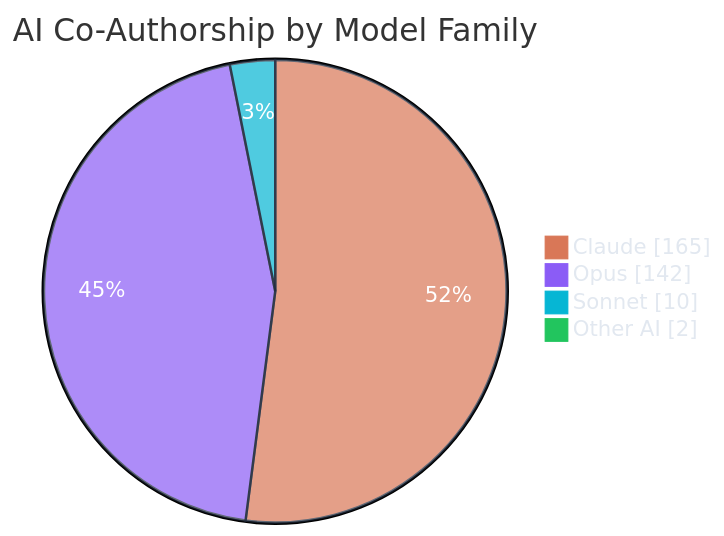
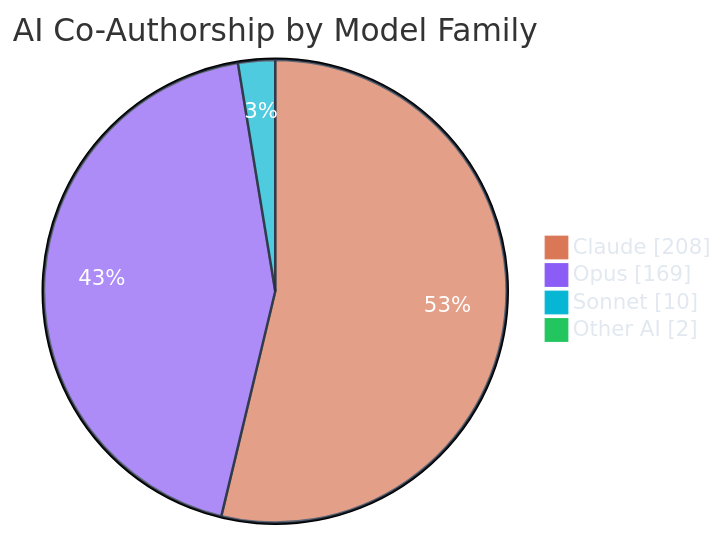
One commit to polo-nyan/polo-nyan changed the third of 7 diagrams in README.md. Above: the diagram before and after it, drawn with Mermaid. The commit also changed other lines of this file and 1 other file, not shown here.

````diff
--- a/README.md
+++ b/README.md
@@ -232,9 +232,9 @@
 ```mermaid
 %%{init: {"theme": "base", "themeVariables": { "pie1": "#d97757", "pie2": "#8b5cf6", "pie3": "#06b6d4", "pie4": "#22c55e", "pie5": "#f59e0b", "pie6": "#ec4899", "pieTextColor": "#ffffff", "pieLegendTextColor": "#e2e8f0", "pieSectionTextColor": "#ffffff", "pieStrokeColor": "#1e293b" }}}%%
 pie showData
     title AI Co-Authorship by Model Family
-    "Claude" : 165
-    "Opus" : 142
+    "Claude" : 208
+    "Opus" : 169
     "Sonnet" : 10
     "Other AI" : 2
 ```
````
